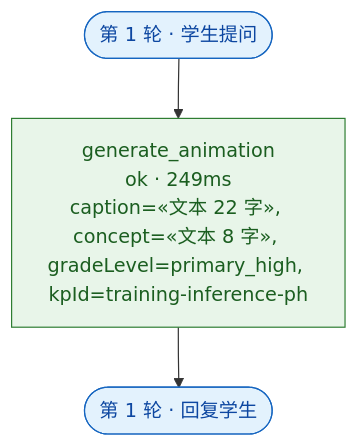
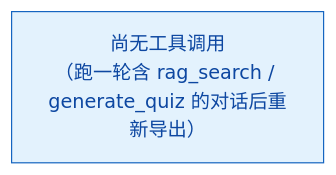
The diagram in docs/tool-trace.md (IceFireIcer/K12AgentProject), drawn with Mermaid before and after one commit. The commit also changed other lines of this file and 70 other files, not shown here.

````diff
--- a/docs/tool-trace.md
+++ b/docs/tool-trace.md
@@ -11,13 +11,11 @@
 ```mermaid
 flowchart TD
   %% 由 desktop/src/main/agent/trace.ts 自动生成，请勿手改
-  %% 生成时间：2026-09-26T17:55:53.693Z｜轮数：1｜调用：1 次
+  %% 生成时间：2026-09-27T10:05:55.468Z｜轮数：0｜调用：0 次
   %% 参数只记摘要（不含原文 / 密钥 / 学生个人信息）
   classDef turn fill:#e3f2fd,stroke:#1565c0,stroke-width:1px,color:#0d47a1
   classDef ok fill:#e8f5e9,stroke:#2e7d32,stroke-width:1px,color:#1b5e20
   classDef fail fill:#ffebee,stroke:#c62828,stroke-width:1px,color:#b71c1c
   classDef blocked fill:#fff8e1,stroke:#f9a825,stroke-width:1px,color:#795548
-  T1_START(["第 1 轮 · 学生提问"]):::turn
-  T1_START --> T1_C_1["generate_animation<br/>ok · 249ms<br/>caption=«文本 22 字», concept=«文本 8 字», gradeLevel=primary_high, kpId=training-inference-ph"]:::ok
-  T1_C_1 --> T1_END(["第 1 轮 · 回复学生"]):::turn
+  EMPTY["尚无工具调用<br/>（跑一轮含 rag_search / generate_quiz 的对话后重新导出）"]:::turn
 ```
````
